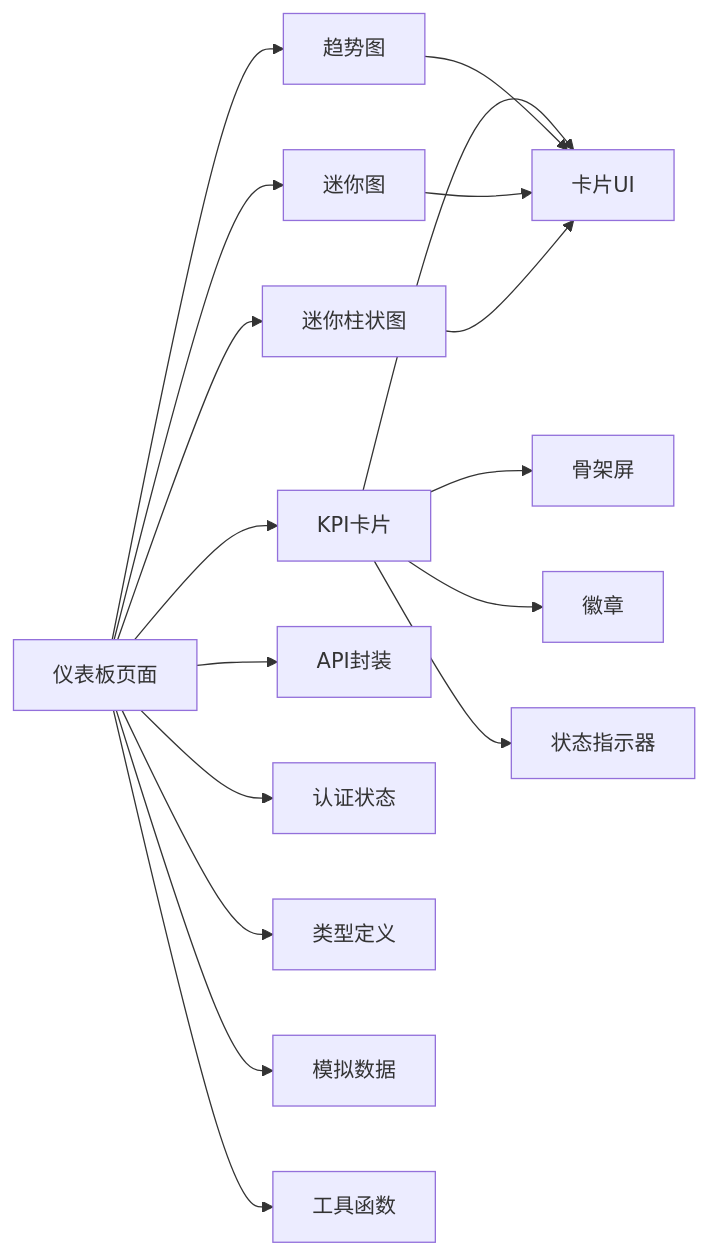
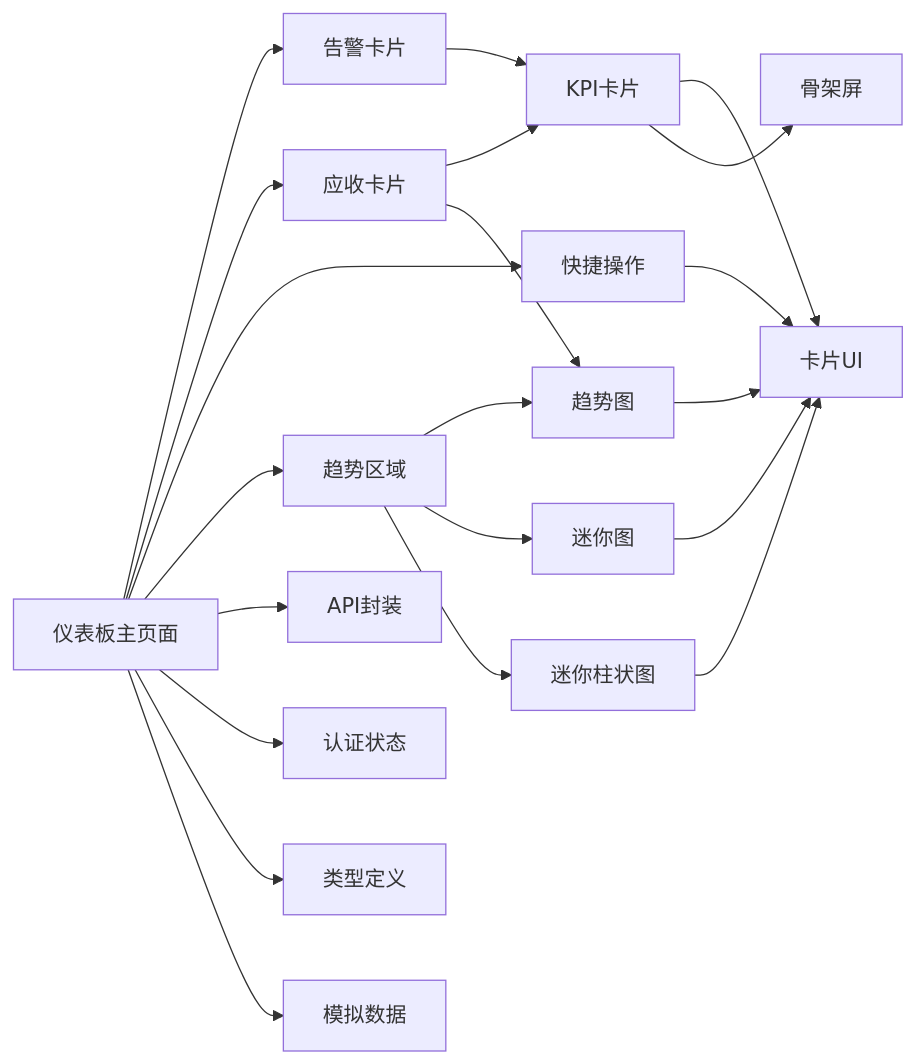
Before and after one commit to Damao997/newproject: the fourth of 4 diagrams in .qoder/repowiki/zh/content/页面组件/仪表板页面.md, drawn with Mermaid. The commit also changed other lines of this file and 55 other files, not shown here.

````diff
--- a/.qoder/repowiki/zh/content/页面组件/仪表板页面.md
+++ b/.qoder/repowiki/zh/content/页面组件/仪表板页面.md
@@ -339,19 +304,23 @@
 ```mermaid
 graph LR
-Dashboard["仪表板页面"] --> KpiCard["KPI卡片"]
-Dashboard --> TrendChart["趋势图"]
-Dashboard --> Sparkline["迷你图"]
-Dashboard --> MiniBarChart["迷你柱状图"]
+Dashboard["仪表板主页面"] --> AlertsCard["告警卡片"]
+Dashboard --> ReceivablesCard["应收卡片"]
+Dashboard --> QuickActions["快捷操作"]
+Dashboard --> TrendSection["趋势区域"]
+AlertsCard --> KpiCard["KPI卡片"]
+ReceivablesCard --> KpiCard
+ReceivablesCard --> TrendChart["趋势图"]
+QuickActions --> UiCard["卡片UI"]
+TrendSection --> TrendChart
+TrendSection --> Sparkline["迷你图"]
+TrendSection --> MiniBarChart["迷你柱状图"]
 Dashboard --> Api["API封装"]
 Dashboard --> Auth["认证状态"]
-KpiCard --> UiCard["卡片UI"]
+KpiCard --> UiCard
 KpiCard --> Skeleton["骨架屏"]
-KpiCard --> Badge["徽章"]
-KpiCard --> StatusIndicator["状态指示器"]
 TrendChart --> UiCard
 Sparkline --> UiCard
 MiniBarChart --> UiCard
 Dashboard --> Types["类型定义"]
 Dashboard --> Mock["模拟数据"]
-Dashboard --> Utils["工具函数"]
 ```
````
